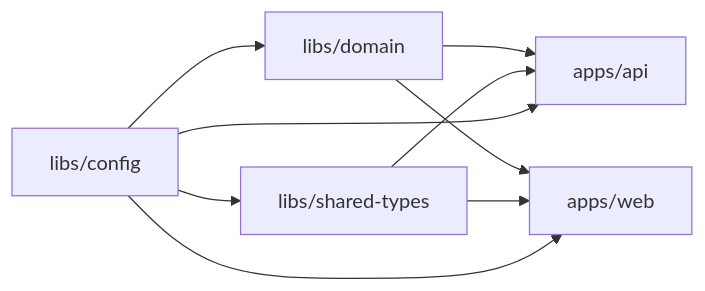
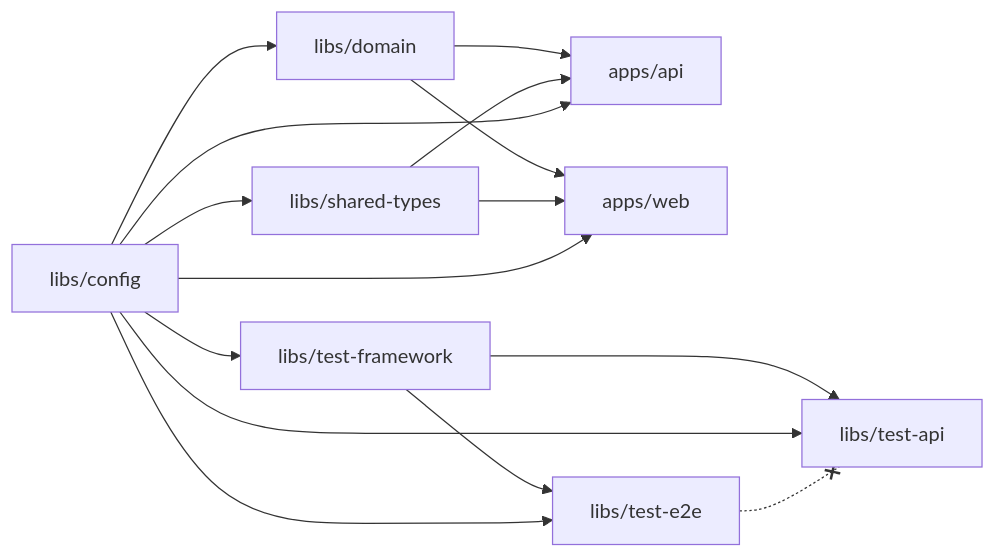
One commit to kzokv/tw-portfolio changed the fourth of 8 diagrams in docs/001-architecture/architecture.md. Above: the diagram before and after it, drawn with Mermaid. The commit also changed other lines of this file and 15 other files, not shown here.

````diff
--- a/docs/001-architecture/architecture.md
+++ b/docs/001-architecture/architecture.md
@@ -172,11 +180,19 @@
 ```mermaid
 graph LR
   CONFIG[libs/config] --> DOMAIN[libs/domain]
   CONFIG --> SHARED[libs/shared-types]
   DOMAIN --> API[apps/api]
   SHARED --> API
   CONFIG --> API
   DOMAIN --> WEB[apps/web]
   SHARED --> WEB
   CONFIG --> WEB
+
+  CONFIG --> TF[libs/test-framework]
+  TF --> TE[libs/test-e2e]
+  TF --> TA[libs/test-api]
+  CONFIG --> TE
+  CONFIG --> TA
+
+  TE -.-x TA
 ```
````
